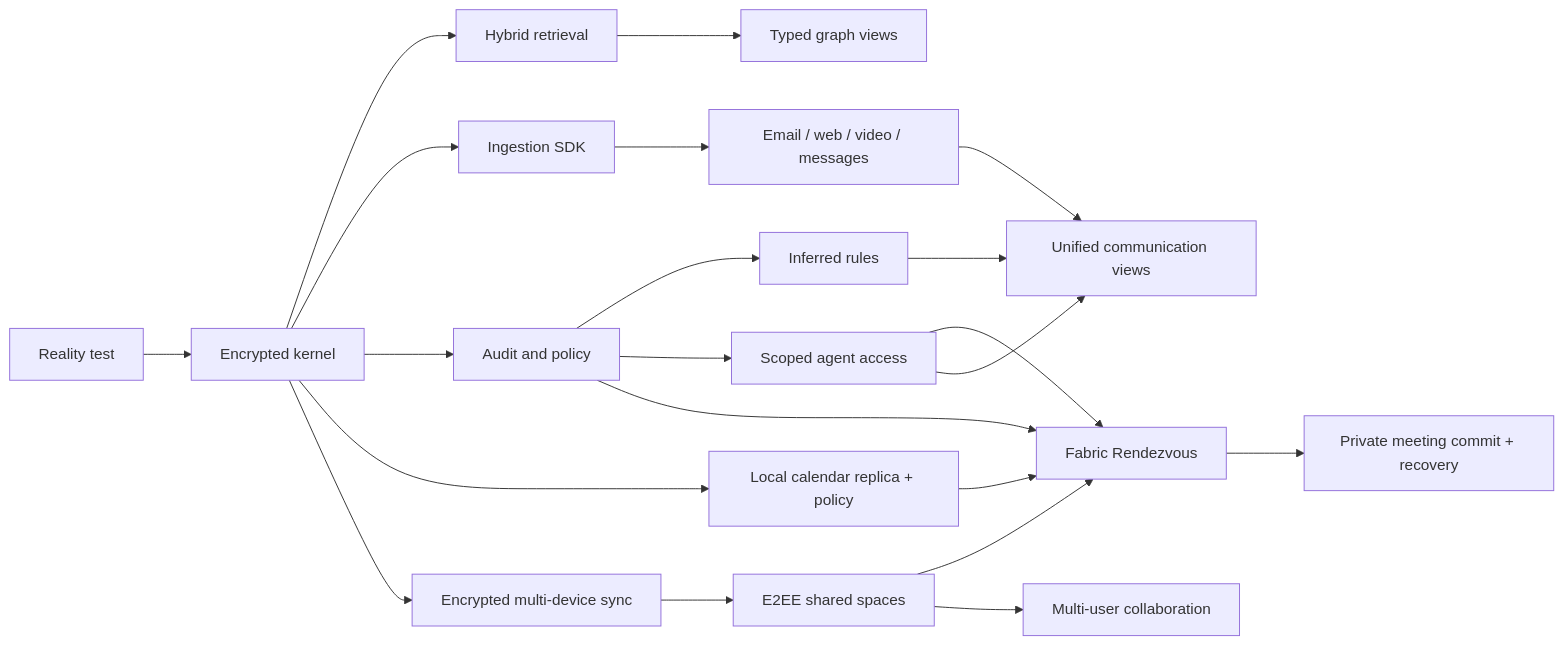
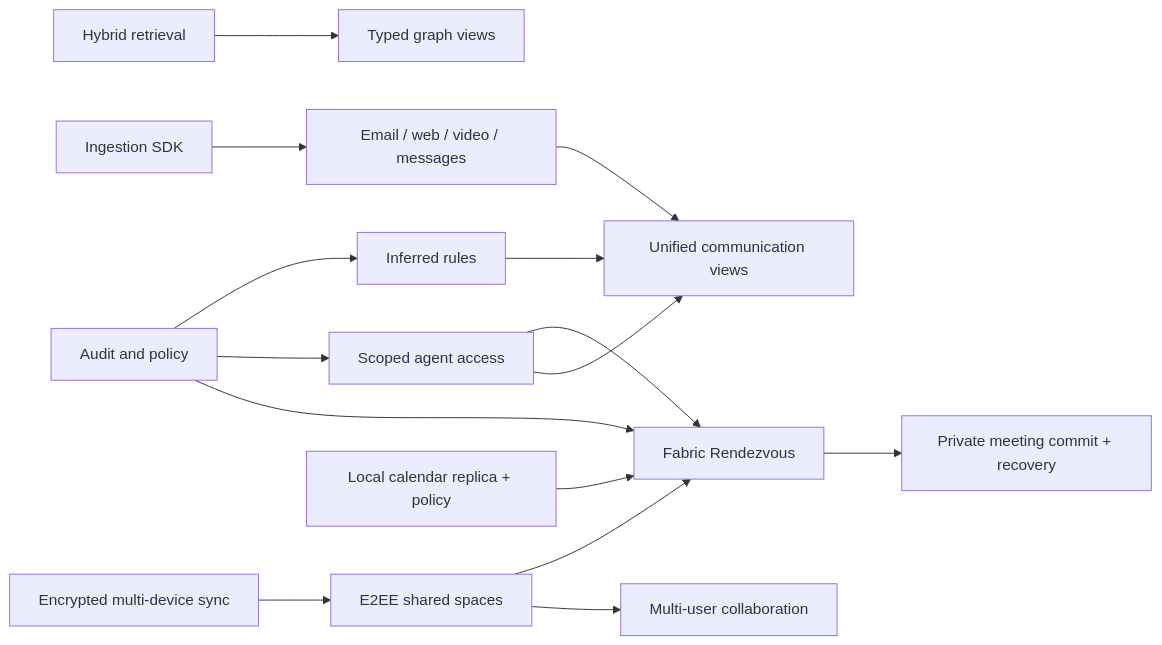
The third of 3 diagrams in docs/PRD.md (aregm/fabric), drawn with Mermaid before and after one commit. The commit also changed other lines of this file and 2 other files, not shown here.

````diff
--- a/docs/PRD.md
+++ b/docs/PRD.md
@@ -681,23 +700,17 @@
 ```mermaid
 flowchart LR
-    P0[Reality test] --> K[Encrypted kernel]
-    K --> R[Hybrid retrieval]
-    K --> I[Ingestion SDK]
-    K --> A[Audit and policy]
-    R --> G[Typed graph views]
-    I --> C["Email / web / video / messages"]
-    A --> Rules[Inferred rules]
+    R[Hybrid retrieval] --> G[Typed graph views]
+    I[Ingestion SDK] --> C["Email / web / video / messages"]
+    A[Audit and policy] --> Rules[Inferred rules]
     A --> Agent[Scoped agent access]
-    K --> CalLocal["Local calendar replica + policy"]
-    K --> Sync[Encrypted multi-device sync]
-    Sync --> Share[E2EE shared spaces]
-    CalLocal --> Rendezvous["Fabric Rendezvous"]
+    Sync[Encrypted multi-device sync] --> Share[E2EE shared spaces]
+    CalLocal["Local calendar replica + policy"] --> Rendezvous["Fabric Rendezvous"]
     Share --> Rendezvous
     Agent --> Rendezvous
     A --> Rendezvous
     Rendezvous --> CalCommit["Private meeting commit + recovery"]
     C --> Unified[Unified communication views]
     Rules --> Unified
     Agent --> Unified
     Share --> Multi[Multi-user collaboration]
 ```
````
